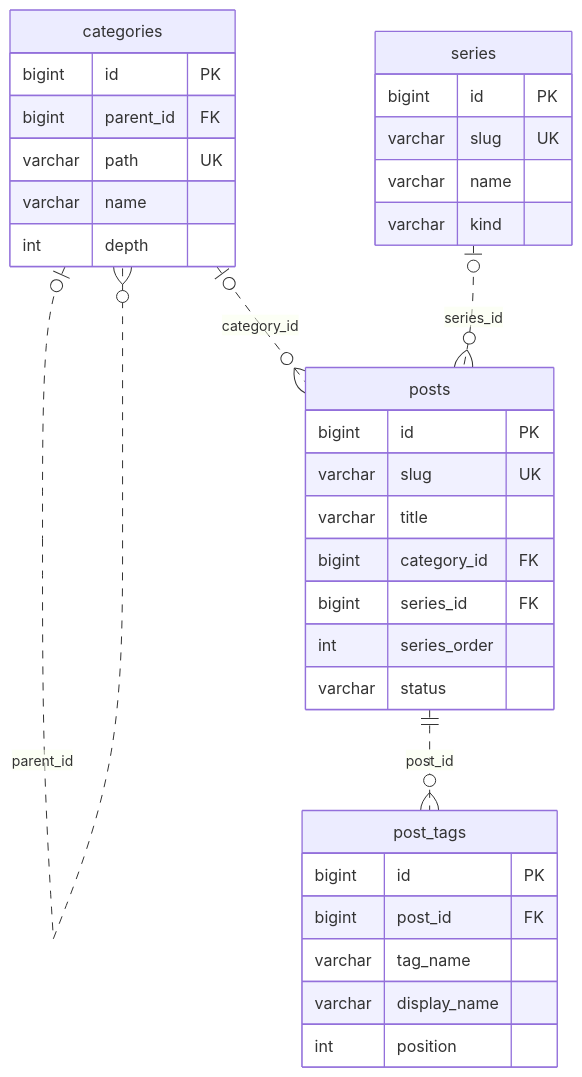
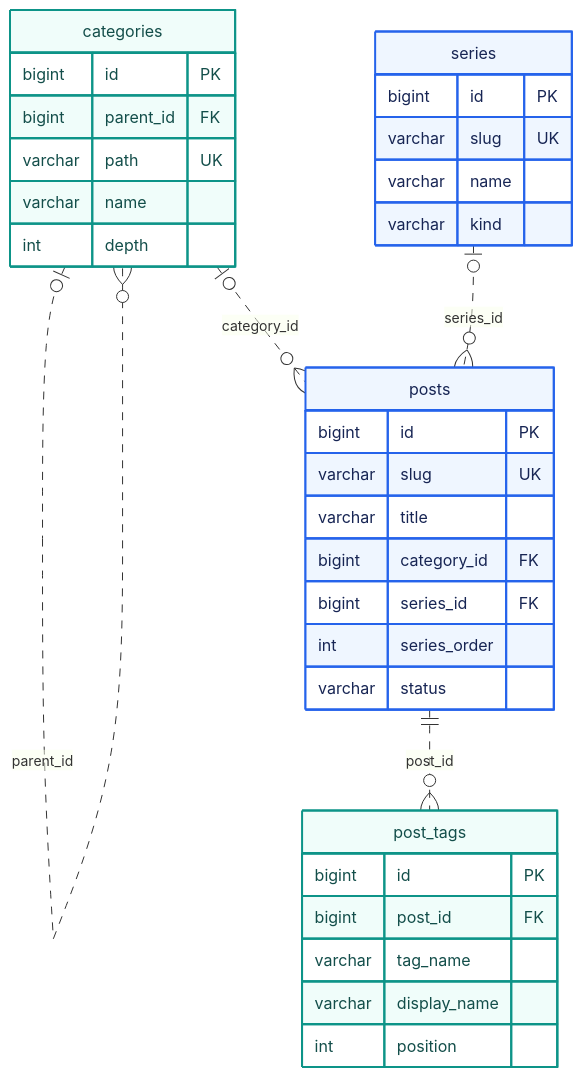
Before and after one commit to gjaku1031/ken-blog: the second of 4 diagrams in content/posts/post-f9235d74-4d5b-4705-8f59-ba3511bd50e9.md, drawn with Mermaid. The commit also changed other lines of this file and 3 other files, not shown here.

Commit message:
feat: add full ERD with role colors and theme-aware rendering

````diff
--- a/content/posts/post-f9235d74-4d5b-4705-8f59-ba3511bd50e9.md
+++ b/content/posts/post-f9235d74-4d5b-4705-8f59-ba3511bd50e9.md
@@ -15,37 +135,41 @@
 ```mermaid
 erDiagram
     direction TB
     categories |o..o{ categories : parent_id
     categories |o..o{ posts : category_id
     series |o..o{ posts : series_id
     posts ||..o{ post_tags : post_id
     categories {
         bigint id PK
         bigint parent_id FK
         varchar path UK
         varchar name
         int depth
     }
     series {
         bigint id PK
         varchar slug UK
         varchar name
         varchar kind
     }
     posts {
         bigint id PK
         varchar slug UK
         varchar title
         bigint category_id FK
         bigint series_id FK
         int series_order
         varchar status
     }
     post_tags {
         bigint id PK
         bigint post_id FK
         varchar tag_name
         varchar display_name
         int position
     }
+    classDef content fill:#eff6ff,stroke:#2563eb,color:#172554,stroke-width:2px
+    classDef discovery fill:#f0fdfa,stroke:#0d9488,color:#134e4a,stroke-width:2px
+    class posts,series content
+    class categories,post_tags discovery
 ```
````
